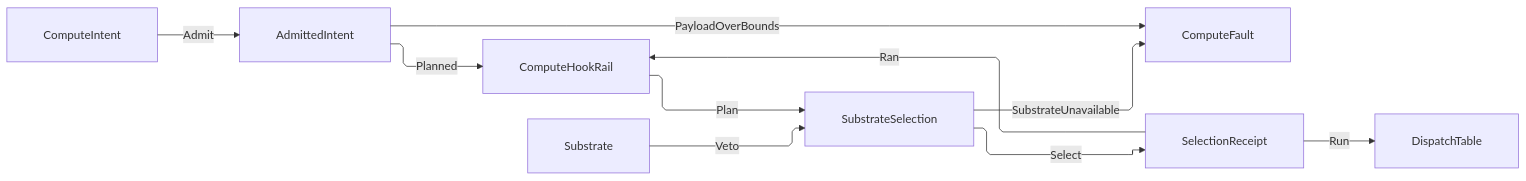
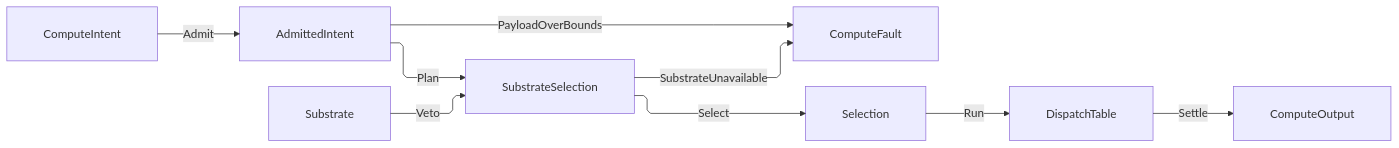
Before and after one commit to bsamiee/Rasm: the diagram in libs/dotnet/Rasm.Compute/.planning/Runtime/admission.md, drawn with Mermaid. The commit also changed other lines of this file and 1417 other files, not shown here.

````diff
--- a/libs/dotnet/Rasm.Compute/.planning/Runtime/admission.md
+++ b/libs/dotnet/Rasm.Compute/.planning/Runtime/admission.md
@@ -601,21 +621,20 @@
 ```mermaid
 ---
 config:
   layout: elk
   flowchart:
     curve: linear
     padding: 25
 ---
 flowchart LR
     accTitle: Compute intent admission and substrate selection
-    accDescr: Admitted intents plan through the hook rail into a substrate selection, and every bound refusal rails a compute fault.
+    accDescr: Admitted intents plan into a substrate selection, and every bound refusal rails a compute fault.
     ComputeIntent -- Admit --> AdmittedIntent
     AdmittedIntent -- PayloadOverBounds --> ComputeFault
-    AdmittedIntent -- Planned --> ComputeHookRail
-    ComputeHookRail -- Plan --> SubstrateSelection
+    AdmittedIntent -- Plan --> SubstrateSelection
     Substrate -- Veto --> SubstrateSelection
     SubstrateSelection -- SubstrateUnavailable --> ComputeFault
-    SubstrateSelection -- Select --> SelectionReceipt
-    SelectionReceipt -- Ran --> ComputeHookRail
-    SelectionReceipt -- Run --> DispatchTable
+    SubstrateSelection -- Select --> Selection
+    Selection -- Run --> DispatchTable
+    DispatchTable -- Settle --> ComputeOutput
 ```
````
